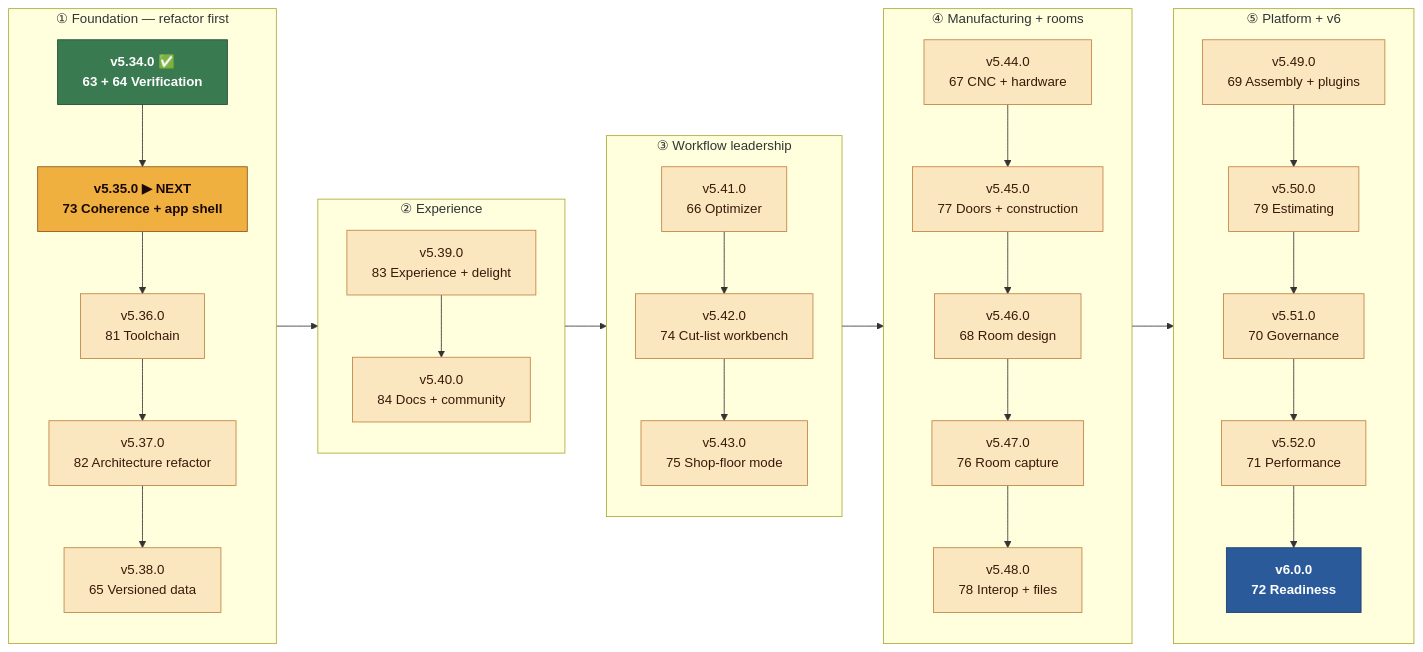
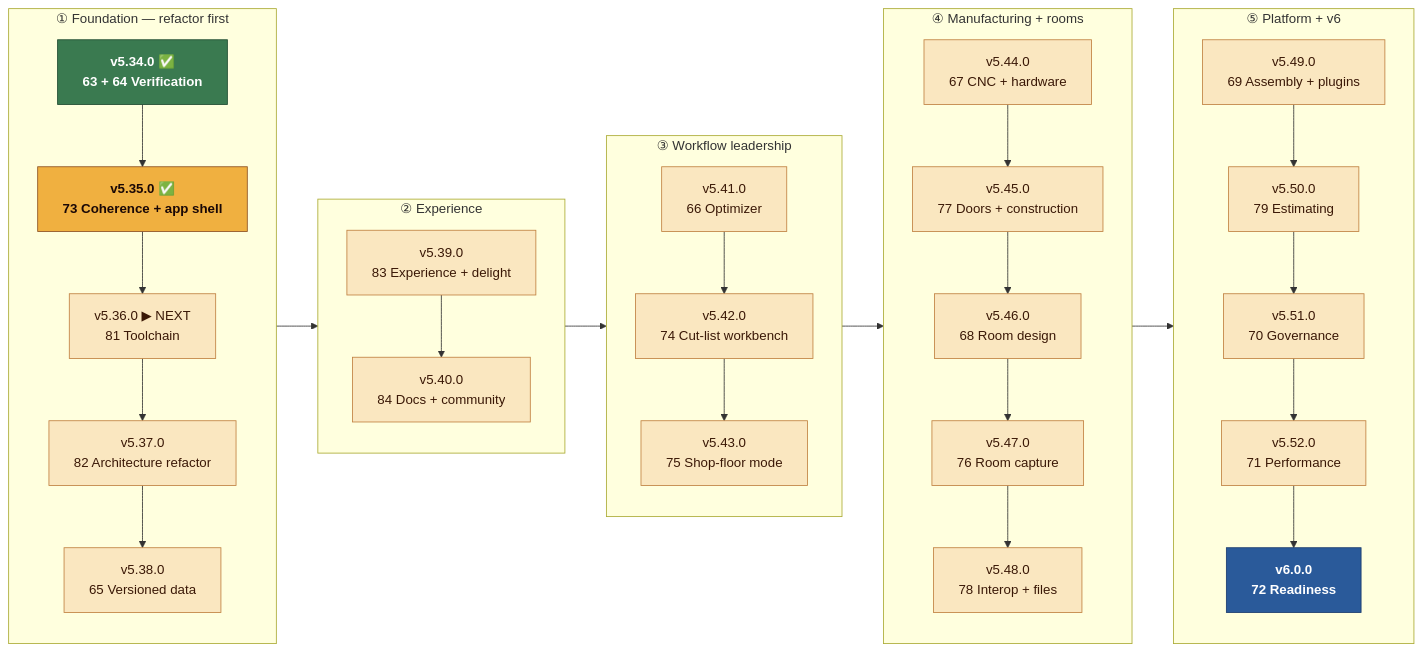
Before and after one commit to RajwanYair/WoodworkingShop: the first of 4 diagrams in ROADMAP.md, drawn with Mermaid. The commit also changed other lines of this file and 17 other files, not shown here.

````diff
--- a/ROADMAP.md
+++ b/ROADMAP.md
@@ -28,43 +28,43 @@
 ```mermaid
 flowchart LR
   subgraph foundation["① Foundation — refactor first"]
     direction TB
-    r534["v5.34.0 ✅<br/>63 + 64 Verification"] --> r535["v5.35.0 ▶ NEXT<br/>73 Coherence + app shell"]
-    r535 --> r536["v5.36.0<br/>81 Toolchain"]
+    r534["v5.34.0 ✅<br/>63 + 64 Verification"] --> r535["v5.35.0 ✅<br/>73 Coherence + app shell"]
+    r535 --> r536["v5.36.0 ▶ NEXT<br/>81 Toolchain"]
     r536 --> r537["v5.37.0<br/>82 Architecture refactor"]
     r537 --> r538["v5.38.0<br/>65 Versioned data"]
   end
   subgraph delight["② Experience"]
     direction TB
     r539["v5.39.0<br/>83 Experience + delight"] --> r540["v5.40.0<br/>84 Docs + community"]
   end
   subgraph workflow["③ Workflow leadership"]
     direction TB
     r541["v5.41.0<br/>66 Optimizer"] --> r542["v5.42.0<br/>74 Cut-list workbench"]
     r542 --> r543["v5.43.0<br/>75 Shop-floor mode"]
   end
   subgraph making["④ Manufacturing + rooms"]
     direction TB
     r544["v5.44.0<br/>67 CNC + hardware"] --> r545["v5.45.0<br/>77 Doors + construction"]
     r545 --> r546["v5.46.0<br/>68 Room design"]
     r546 --> r547["v5.47.0<br/>76 Room capture"]
     r547 --> r548["v5.48.0<br/>78 Interop + files"]
   end
   subgraph platform["⑤ Platform + v6"]
     direction TB
     r549["v5.49.0<br/>69 Assembly + plugins"] --> r550["v5.50.0<br/>79 Estimating"]
     r550 --> r551["v5.51.0<br/>70 Governance"]
     r551 --> r552["v5.52.0<br/>71 Performance"]
     r552 --> r600["v6.0.0<br/>72 Readiness"]
   end
   foundation --> delight --> workflow --> making --> platform
 
   classDef done fill:#3a7a50,stroke:#1e4a30,color:#ffffff,font-weight:bold
   classDef next fill:#f0b040,stroke:#8b5022,color:#1a0806,font-weight:bold
   classDef planned fill:#fae7c0,stroke:#c08040,color:#3a1806
   classDef major fill:#2a5a9a,stroke:#1a3a6e,color:#ffffff,font-weight:bold
   class r534 done
   class r535 next
   class r536,r537,r538,r539,r540,r541,r542,r543,r544,r545,r546,r547,r548,r549,r550,r551,r552 planned
   class r600 major
 ```
````
